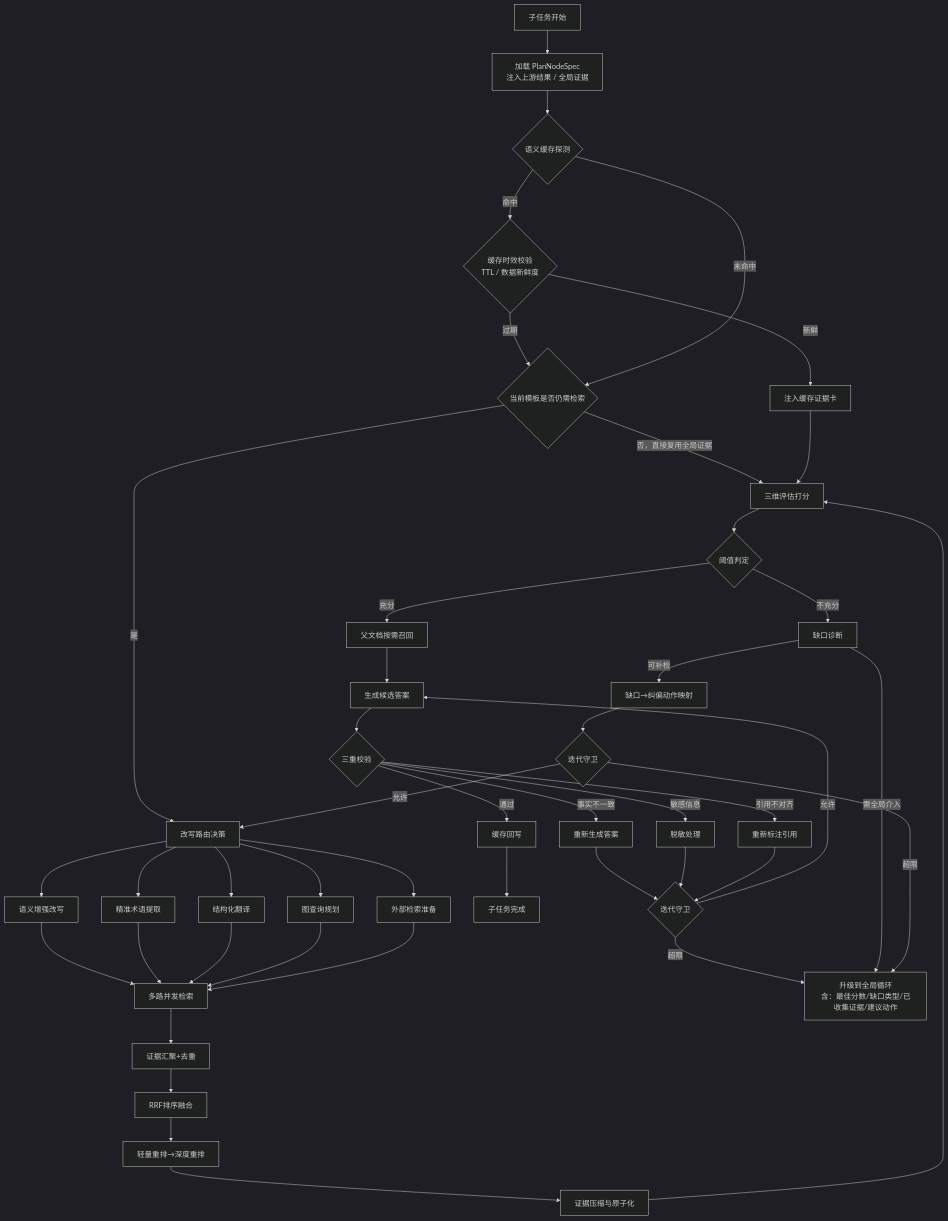
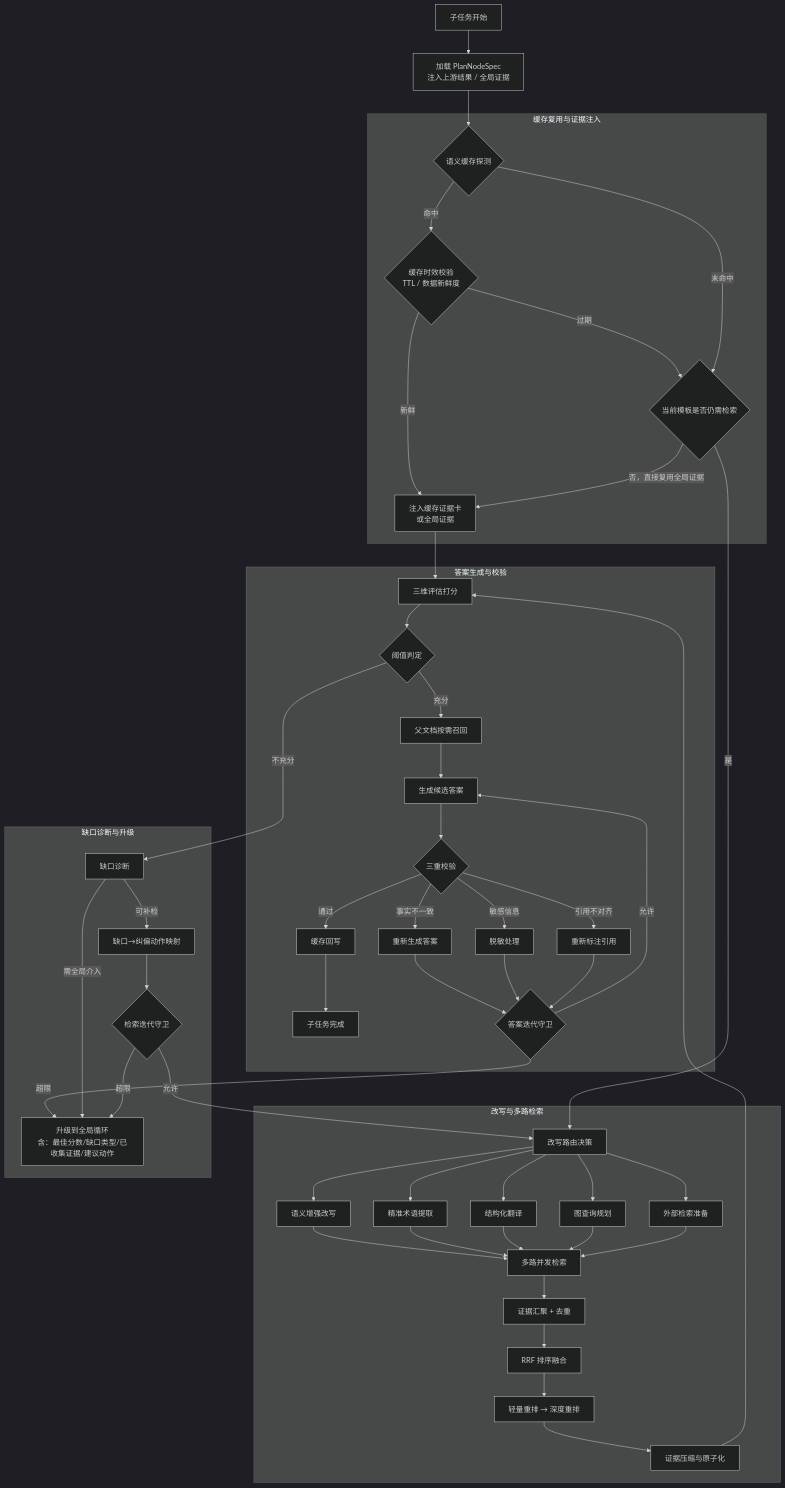
One commit to kkk935208447/learning_common_lib changed the fifth of 6 diagrams in src/learning_common_lib/案例/用户AgenticRAG检索/架构设计规划.md. Above: the diagram before and after it, drawn with Mermaid (dark theme). The commit also changed other lines of this file, not shown here.

Commit message:
feat(learning_common_lib): 更新任务流程图和文档以增强可读性
- 修改了任务流程图中的节点描述，增加了澄清触发条件的详细信息，提升了图示的清晰度。
- 重构了任务执行流程的子图结构，明确了各个阶段的功能和逻辑关系，便于理解任务的执行过程。
- 添加了对缓存复用和证据注入的详细说明，增强了文档的可读性和学习体验。

````diff
--- a/src/learning_common_lib/案例/用户AgenticRAG检索/架构设计规划.md
+++ b/src/learning_common_lib/案例/用户AgenticRAG检索/架构设计规划.md
@@ -943,47 +956,76 @@
 ```mermaid
 flowchart TD
     Start["子任务开始"] --> LoadSpec["加载 PlanNodeSpec<br/>注入上游结果 / 全局证据"]
-    LoadSpec --> CacheProbe{"语义缓存探测"}
-    CacheProbe -- "命中" --> FreshnessCheck{"缓存时效校验<br/>TTL / 数据新鲜度"}
-    FreshnessCheck -- "新鲜" --> InjectEvidence["注入缓存证据卡"]
-    FreshnessCheck -- "过期" --> NeedRetrieve{"当前模板是否仍需检索"}
+
+    subgraph CacheAndReuse["缓存复用与证据注入"]
+        CacheProbe{"语义缓存探测"}
+        FreshnessCheck{"缓存时效校验<br/>TTL / 数据新鲜度"}
+        NeedRetrieve{"当前模板是否仍需检索"}
+        InjectEvidence["注入缓存证据卡<br/>或全局证据"]
+    end
+
+    subgraph RewriteAndRetrieve["改写与多路检索"]
+        RewriteRoute["改写路由决策"]
+        QV["语义增强改写"]
+        QK["精准术语提取"]
+        QS["结构化翻译"]
+        QG["图查询规划"]
+        QW["外部检索准备"]
+        Retrieval["多路并发检索"]
+        Merge["证据汇聚 + 去重"]
+        Fusion["RRF 排序融合"]
+        Rerank["轻量重排 → 深度重排"]
+        Compress["证据压缩与原子化"]
+    end
+
+    subgraph AnswerAndVerify["答案生成与校验"]
+        EvalScore["三维评估打分"]
+        Threshold{"阈值判定"}
+        ParentHydration["父文档按需召回"]
+        DraftClaims["生成候选答案"]
+        Verify{"三重校验"}
+        CacheWrite["缓存回写"]
+        Done["子任务完成"]
+        RetryFactual["重新生成答案"]
+        RetrySensitive["脱敏处理"]
+        RetryCitation["重新标注引用"]
+        VerifyGuard{"答案迭代守卫"}
+    end
+
+    subgraph GapAndEscalation["缺口诊断与升级"]
+        GapDiag["缺口诊断"]
+        GapMap["缺口→纠偏动作映射"]
+        LocalGuard{"检索迭代守卫"}
+        Escalate["升级到全局循环<br/>含：最佳分数/缺口类型/已收集证据/建议动作"]
+    end
+
+    LoadSpec --> CacheProbe
+    CacheProbe -- "命中" --> FreshnessCheck
+    FreshnessCheck -- "新鲜" --> InjectEvidence
+    FreshnessCheck -- "过期" --> NeedRetrieve
     CacheProbe -- "未命中" --> NeedRetrieve
-    NeedRetrieve -- "否，直接复用全局证据" --> EvalScore
-    NeedRetrieve -- "是" --> RewriteRoute["改写路由决策"]
+    NeedRetrieve -- "否，直接复用全局证据" --> InjectEvidence
+    NeedRetrieve -- "是" --> RewriteRoute
 
-    RewriteRoute --> QV["语义增强改写"]
-    RewriteRoute --> QK["精准术语提取"]
-    RewriteRoute --> QS["结构化翻译"]
-    RewriteRoute --> QG["图查询规划"]
-    RewriteRoute --> QW["外部检索准备"]
+    RewriteRoute --> QV & QK & QS & QG & QW
+    QV & QK & QS & QG & QW --> Retrieval
+    Retrieval --> Merge --> Fusion --> Rerank --> Compress
+    Compress --> EvalScore
+    InjectEvidence --> EvalScore
+    EvalScore --> Threshold
 
-    QV & QK & QS & QG & QW --> Retrieval["多路并发检索"]
-    Retrieval --> Merge["证据汇聚+去重"]
-    Merge --> Fusion["RRF排序融合"]
-    Fusion --> Rerank["轻量重排→深度重排"]
-    Rerank --> Compress["证据压缩与原子化"]
+    Threshold -- "充分" --> ParentHydration --> DraftClaims --> Verify
+    Verify -- "通过" --> CacheWrite --> Done
 
-    Compress --> EvalScore["三维评估打分"]
-    InjectEvidence --> EvalScore
-    EvalScore --> Threshold{"阈值判定"}
+    Verify -- "事实不一致" --> RetryFactual --> VerifyGuard
+    Verify -- "敏感信息" --> RetrySensitive --> VerifyGuard
+    Verify -- "引用不对齐" --> RetryCitation --> VerifyGuard
+    VerifyGuard -- "允许" --> DraftClaims
+    VerifyGuard -- "超限" --> Escalate
 
-    Threshold -- "充分" --> ParentHydration["父文档按需召回"]
-    ParentHydration --> DraftClaims["生成候选答案"]
-    DraftClaims --> Verify{"三重校验"}
-    Verify -- "通过" --> CacheWrite["缓存回写"]
-    CacheWrite --> Done["子任务完成"]
-
-    Verify -- "事实不一致" --> RetryFactual["重新生成答案"]
-    Verify -- "敏感信息" --> RetrySensitive["脱敏处理"]
-    Verify -- "引用不对齐" --> RetryCitation["重新标注引用"]
-    RetryFactual & RetrySensitive & RetryCitation --> LocalGuard2{"迭代守卫"}
-    LocalGuard2 -- "允许" --> DraftClaims
-    LocalGuard2 -- "超限" --> Escalate
-
-    Threshold -- "不充分" --> GapDiag["缺口诊断"]
-    GapDiag -- "可补检" --> GapMap["缺口→纠偏动作映射"]
+    Threshold -- "不充分" --> GapDiag
+    GapDiag -- "可补检" --> GapMap --> LocalGuard
     GapDiag -- "需全局介入" --> Escalate
-    GapMap --> LocalGuard{"迭代守卫"}
     LocalGuard -- "允许" --> RewriteRoute
-    LocalGuard -- "超限" --> Escalate["升级到全局循环<br/>含：最佳分数/缺口类型/已收集证据/建议动作"]
+    LocalGuard -- "超限" --> Escalate
 ```
````
